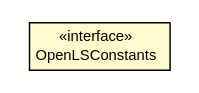
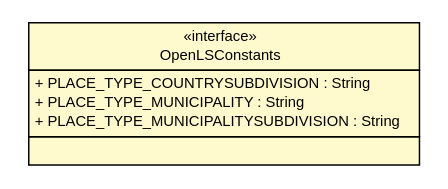
The diagram in apidocs/nl/geozet/openls/databinding/openls/OpenLSConstants.dot (geozet/openls-databinding), drawn with Graphviz before and after one commit. The commit also changed 177 other files, not shown here.

```diff
--- a/apidocs/nl/geozet/openls/databinding/openls/OpenLSConstants.dot
+++ b/apidocs/nl/geozet/openls/databinding/openls/OpenLSConstants.dot
@@ -1,19 +1,27 @@
 #!/usr/local/bin/dot
 #
 # Class diagram 
 # Generated by UMLGraph version R5_6-24-gf6e263 (http://www.umlgraph.org/)
 #
 
 digraph G {
 	edge [fontname="arial",fontsize=10,labelfontname="arial",labelfontsize=10];
 	node [fontname="arial",fontsize=10,shape=plaintext];
 	nodesep=0.25;
 	ranksep=0.5;
 	// nl.geozet.openls.databinding.openls.OpenLSConstants
-	c213 [label=<<table title="nl.geozet.openls.databinding.openls.OpenLSConstants" border="0" cellborder="1" cellspacing="0" cellpadding="2" port="p" bgcolor="lemonChiffon" href="./OpenLSConstants.html">
+	c220 [label=<<table title="nl.geozet.openls.databinding.openls.OpenLSConstants" border="0" cellborder="1" cellspacing="0" cellpadding="2" port="p" bgcolor="lemonChiffon" href="./OpenLSConstants.html">
 		<tr><td><table border="0" cellspacing="0" cellpadding="1">
 <tr><td align="center" balign="center"> &#171;interface&#187; </td></tr>
 <tr><td align="center" balign="center"> OpenLSConstants </td></tr>
 		</table></td></tr>
+		<tr><td><table border="0" cellspacing="0" cellpadding="1">
+<tr><td align="left" balign="left"> + PLACE_TYPE_COUNTRYSUBDIVISION : String </td></tr>
+<tr><td align="left" balign="left"> + PLACE_TYPE_MUNICIPALITY : String </td></tr>
+<tr><td align="left" balign="left"> + PLACE_TYPE_MUNICIPALITYSUBDIVISION : String </td></tr>
+		</table></td></tr>
+		<tr><td><table border="0" cellspacing="0" cellpadding="1">
+<tr><td align="left" balign="left">  </td></tr>
+		</table></td></tr>
 		</table>>, URL="./OpenLSConstants.html", fontname="arial", fontcolor="black", fontsize=10.0];
 }
```
